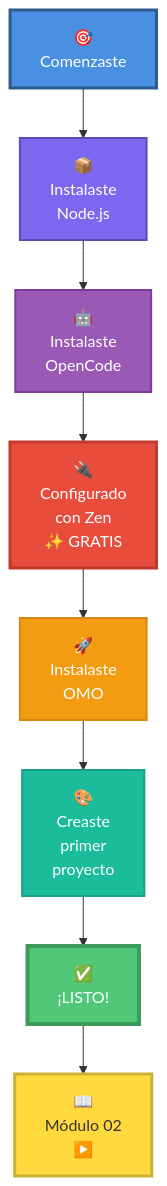
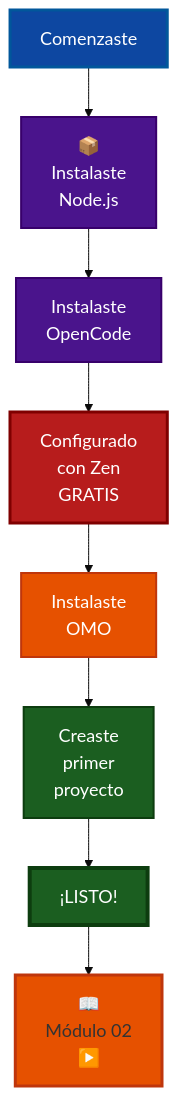
Diagram 12 of 12 in courses/🟡-development/FPUNA-2026/00-FUNDAMENTOS-PRINCIPALES/01-configuracion-stack-ia.md (Ai-Whisperers/Courses-Content), drawn with Mermaid before and after one commit. The commit also changed other lines of this file and 47 other files, not shown here.

First line of the commit message:
fix: Make all 473 diagrams WCAG AAA accessible (FPUNA-2026)

````diff
--- a/courses/🟡-development/FPUNA-2026/00-FUNDAMENTOS-PRINCIPALES/01-configuracion-stack-ia.md
+++ b/courses/🟡-development/FPUNA-2026/00-FUNDAMENTOS-PRINCIPALES/01-configuracion-stack-ia.md
@@ -893,20 +904,21 @@
 ```mermaid
+%%{init: {'theme':'base', 'themeVariables': {'fontSize':'18px'}}}%%
 graph TD
-    A["🎯<br/>Comenzaste"] --> B["📦<br/>Instalaste<br/>Node.js"]
-    B --> C["🤖<br/>Instalaste<br/>OpenCode"]
-    C --> D["🔌<br/>Configurado<br/>con Zen<br/>✨ GRATIS"]
-    D --> E["🚀<br/>Instalaste<br/>OMO"]
-    E --> F["🎨<br/>Creaste<br/>primer<br/>proyecto"]
-    F --> G["✅<br/>¡LISTO!"]
+    A["Comenzaste"] --> B["📦<br/>Instalaste<br/>Node.js"]
+    B --> C["Instalaste<br/>OpenCode"]
+    C --> D["Configurado<br/>con Zen<br/>GRATIS"]
+    D --> E["Instalaste<br/>OMO"]
+    E --> F["Creaste<br/>primer<br/>proyecto"]
+    F --> G["¡LISTO!"]
     
     G --> H["📖<br/>Módulo 02<br/>▶️"]
     
-    style A fill:#4A90E2,stroke:#2E5C8A,stroke-width:3px,color:#fff
-    style B fill:#7B68EE,stroke:#5A4BB5,stroke-width:2px,color:#fff
-    style C fill:#9B59B6,stroke:#7D3C98,stroke-width:2px,color:#fff
-    style D fill:#E74C3C,stroke:#C0392B,stroke-width:3px,color:#fff
-    style E fill:#F39C12,stroke:#D68910,stroke-width:2px,color:#fff
-    style F fill:#1ABC9C,stroke:#16A085,stroke-width:2px,color:#fff
-    style G fill:#50C878,stroke:#3A9B5C,stroke-width:4px,color:#fff
-    style H fill:#FFD93D,stroke:#CCB031,stroke-width:3px,color:#333
+    style A fill:#0d47a1,stroke:#01579b,stroke-width:3px,color:#fff
+    style B fill:#4a148c,stroke:#38006b,stroke-width:2px,color:#fff
+    style C fill:#4a148c,stroke:#38006b,stroke-width:2px,color:#fff
+    style D fill:#b71c1c,stroke:#7f0000,stroke-width:3px,color:#fff
+    style E fill:#e65100,stroke:#bf360c,stroke-width:2px,color:#fff
+    style F fill:#1b5e20,stroke:#0d3d0f,stroke-width:2px,color:#fff
+    style G fill:#1b5e20,stroke:#0d3d0f,stroke-width:4px,color:#fff
+    style H fill:#e65100,stroke:#bf360c,stroke-width:3px,color:#333
 ```
````
